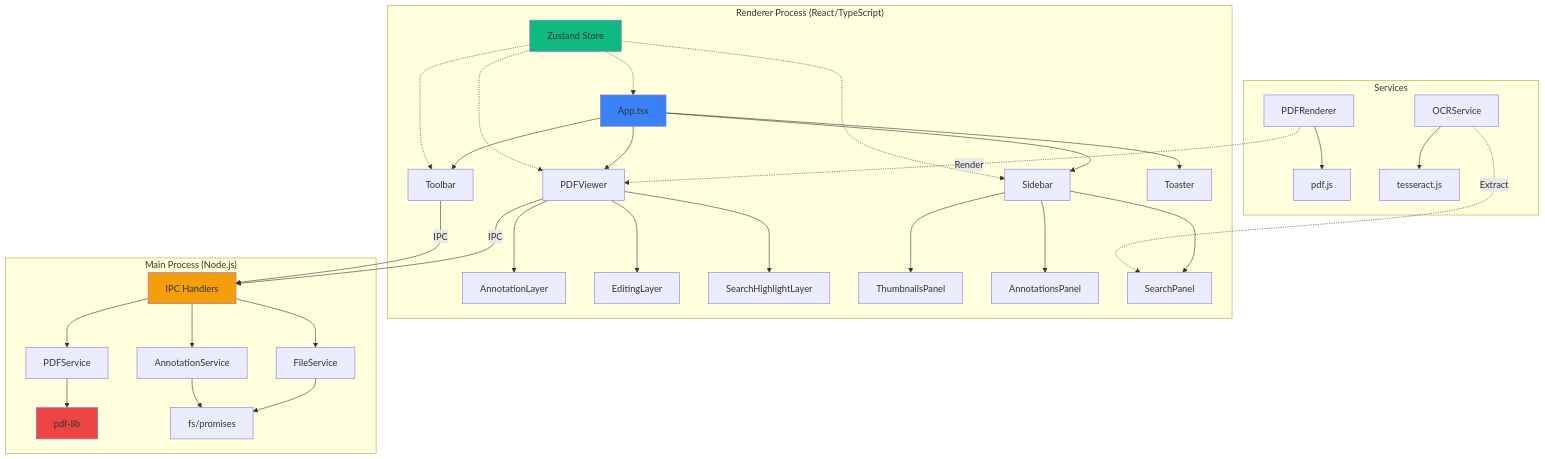
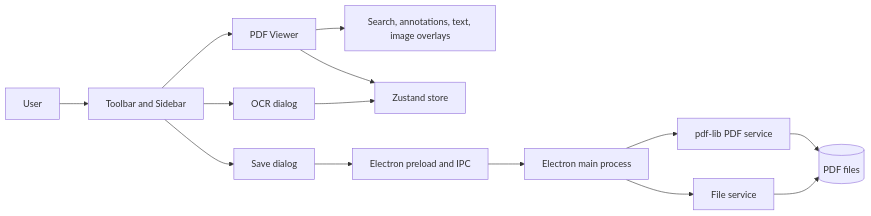
Before and after one commit to jana1998/portable-document-formatter: the diagram in README.md, drawn with Mermaid. The commit also changed other lines of this file and 14 other files, not shown here.

````diff
--- a/README.md
+++ b/README.md
@@ -75,47 +5,16 @@
 ```mermaid
-graph TB
-    subgraph "Renderer Process (React/TypeScript)"
-        A[App.tsx] --> B[Toolbar]
-        A --> C[Sidebar]
-        A --> D[PDFViewer]
-        A --> E[Toaster]
-        
-        D --> F[AnnotationLayer]
-        D --> G[EditingLayer]
-        D --> H[SearchHighlightLayer]
-        
-        C --> I[ThumbnailsPanel]
-        C --> J[AnnotationsPanel]
-        C --> K[SearchPanel]
-        
-        L[Zustand Store] -.-> A
-        L -.-> B
-        L -.-> C
-        L -.-> D
-    end
-    
-    subgraph "Main Process (Node.js)"
-        M[IPC Handlers] --> N[PDFService]
-        M --> O[FileService]
-        M --> P[AnnotationService]
-        
-        N --> Q[pdf-lib]
-        O --> R[fs/promises]
-        P --> R
-    end
-    
-    subgraph "Services"
-        S[PDFRenderer] --> T[pdf.js]
-        U[OCRService] --> V[tesseract.js]
-    end
-    
-    D -->|IPC| M
-    B -->|IPC| M
-    S -.->|Render| D
-    U -.->|Extract| K
-    
-    style A fill:#3b82f6
-    style L fill:#10b981
-    style M fill:#f59e0b
-    style Q fill:#ef4444
+flowchart LR
+    User[User] --> Toolbar[Toolbar and Sidebar]
+    Toolbar --> Viewer[PDF Viewer]
+    Viewer --> Overlays[Search, annotations, text, image overlays]
+    Toolbar --> OCR[OCR dialog]
+    Toolbar --> Save[Save dialog]
+    Viewer --> Store[Zustand store]
+    OCR --> Store
+    Save --> IPC[Electron preload and IPC]
+    IPC --> Main[Electron main process]
+    Main --> PDFService[pdf-lib PDF service]
+    Main --> FileService[File service]
+    PDFService --> Files[(PDF files)]
+    FileService --> Files
 ```
````
